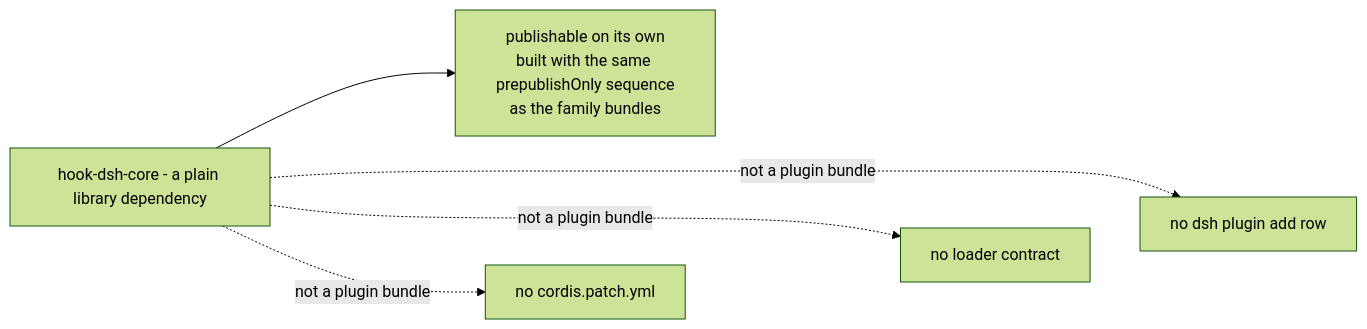
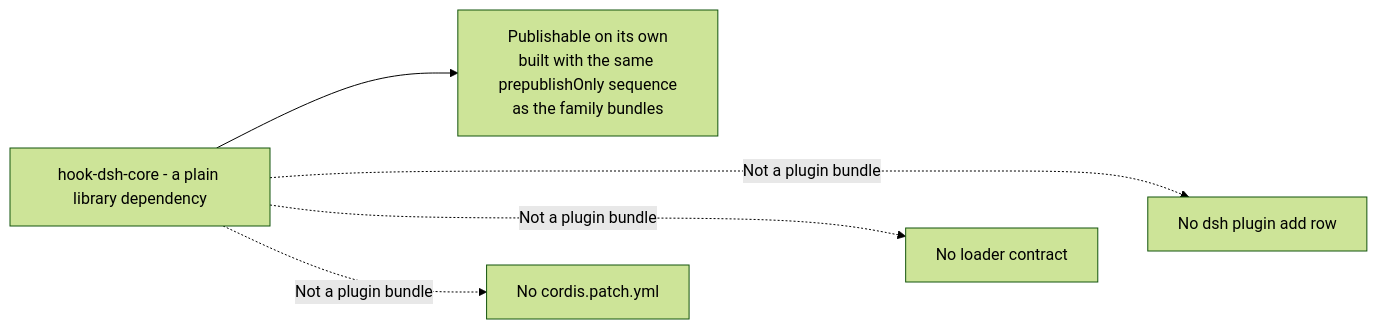
The diagram in Source/Content/Mermaid/core-library-not-bundle.mmd (PlayForm/Site-DeepSeek), drawn with Mermaid (forest theme) before and after one commit. The commit also changed 174 other files, not shown here.

```diff
--- a/Source/Content/Mermaid/core-library-not-bundle.mmd
+++ b/Source/Content/Mermaid/core-library-not-bundle.mmd
@@ -1,15 +1,15 @@
 flowchart LR
 	CORE["hook-dsh-core - a plain library dependency"]
-	PUB["publishable on its own<br/>built with the same prepublishOnly sequence<br/>as the family bundles"]
-	NP["no cordis.patch.yml"]
-	NL["no loader contract"]
-	NR["no dsh plugin add row"]
+	PUB["Publishable on its own<br/>built with the same prepublishOnly sequence<br/>as the family bundles"]
+	NP["No cordis.patch.yml"]
+	NL["No loader contract"]
+	NR["No dsh plugin add row"]
 	CORE --> PUB
-	CORE -. "not a plugin bundle" .-> NP
-	CORE -. "not a plugin bundle" .-> NL
-	CORE -. "not a plugin bundle" .-> NR
+	CORE -. "Not a plugin bundle" .-> NP
+	CORE -. "Not a plugin bundle" .-> NL
+	CORE -. "Not a plugin bundle" .-> NR
 	%% Invisible layout links only - no semantics. They stagger the three
 	%% negatives into successive columns so the fan-out renders as a wide
 	%% horizontal band instead of a tall vertical stack.
 	NP ~~~ NL
 	NL ~~~ NR
```
